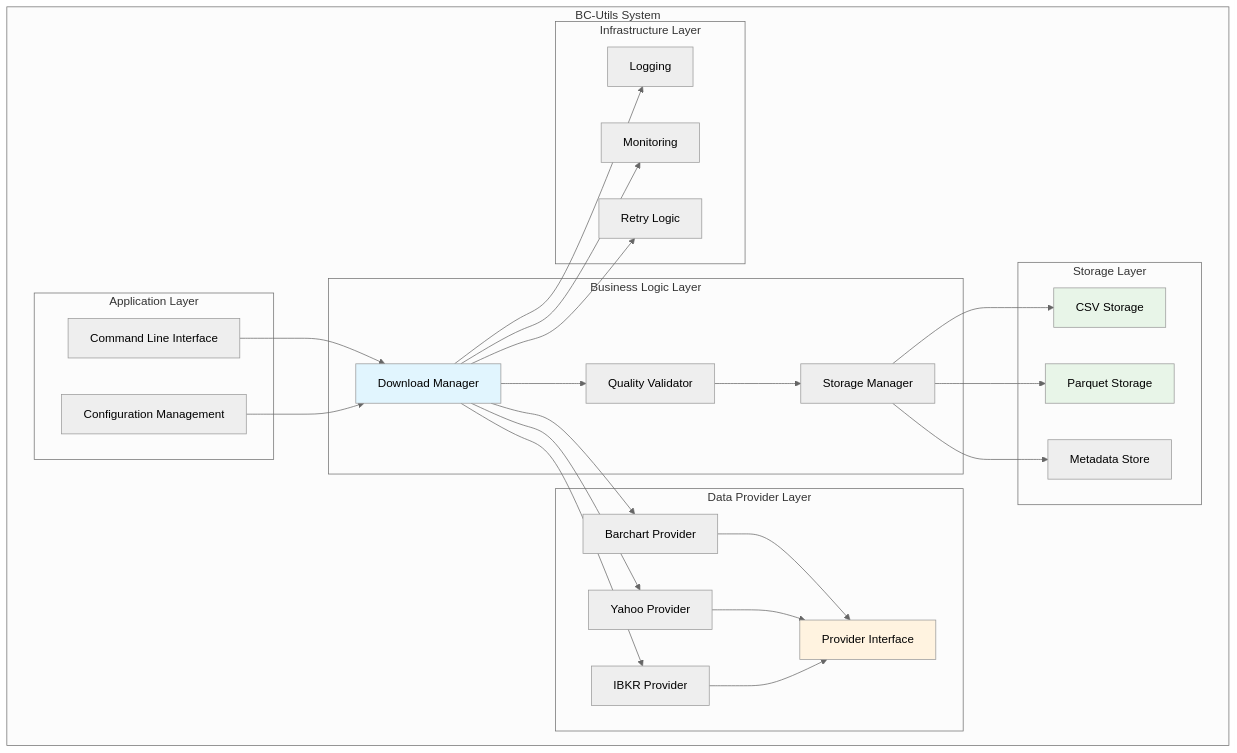
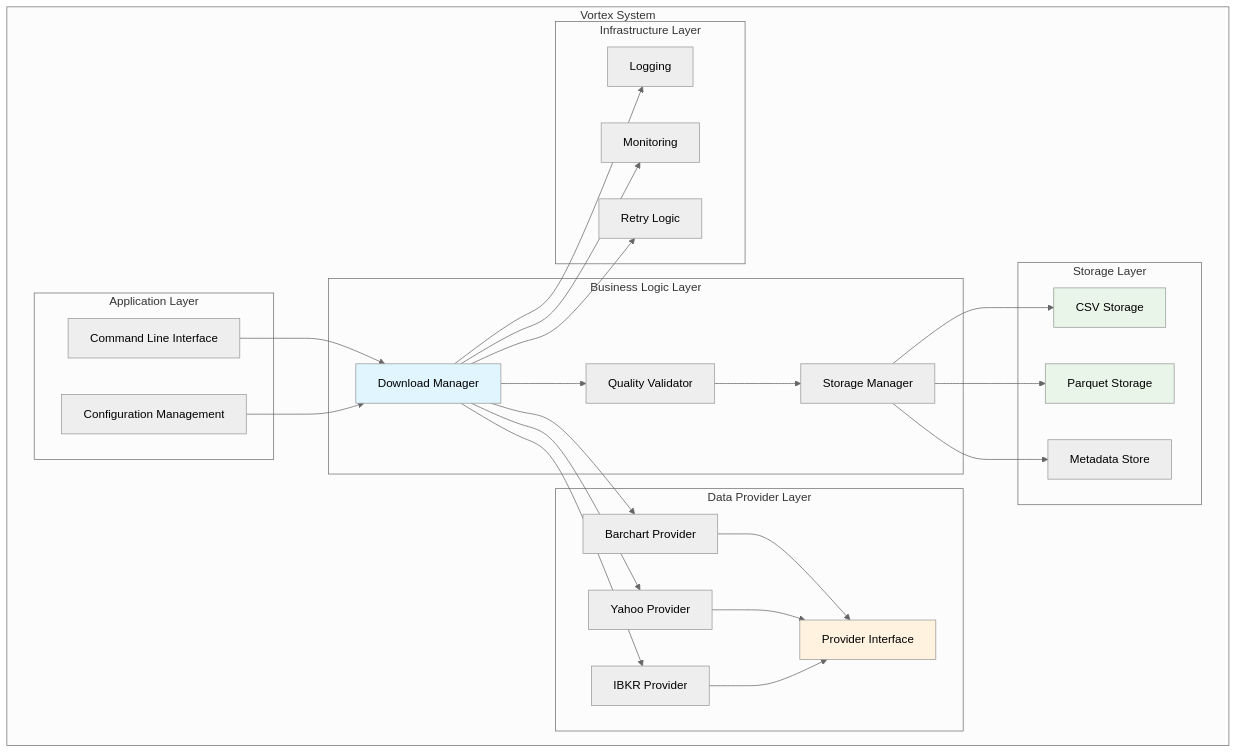
The third of 6 diagrams in docs/design/hld/01-system-overview.md (makutaku/vortex), drawn with Mermaid (neutral theme) before and after one commit. The commit also changed other lines of this file and 18 other files, not shown here.

First line of the commit message:
Rename project from bc-utils to Vortex

````diff
--- a/docs/design/hld/01-system-overview.md
+++ b/docs/design/hld/01-system-overview.md
@@ -86,58 +86,58 @@
 ```mermaid
 graph TB
-    subgraph "BC-Utils System"
+    subgraph "Vortex System"
         subgraph "Application Layer"
             CLI[Command Line Interface]
             Config[Configuration Management]
         end
         
         subgraph "Business Logic Layer"
             DM[Download Manager]
             QV[Quality Validator]
             SM[Storage Manager]
         end
         
         subgraph "Data Provider Layer"
             BC[Barchart Provider]
             YF[Yahoo Provider]
             IB[IBKR Provider]
             Base[Provider Interface]
         end
         
         subgraph "Storage Layer"
             CSV[CSV Storage]
             Parquet[Parquet Storage]
             Meta[Metadata Store]
         end
         
         subgraph "Infrastructure Layer"
             Log[Logging]
             Monitor[Monitoring]
             Retry[Retry Logic]
         end
     end
     
     CLI --> DM
     Config --> DM
     DM --> QV
     QV --> SM
     SM --> CSV
     SM --> Parquet
     SM --> Meta
     
     DM --> BC
     DM --> YF
     DM --> IB
     BC --> Base
     YF --> Base
     IB --> Base
     
     DM --> Log
     DM --> Monitor
     DM --> Retry
     
     style DM fill:#e1f5fe
     style Base fill:#fff3e0
     style CSV fill:#e8f5e8
     style Parquet fill:#e8f5e8
 ```
````
